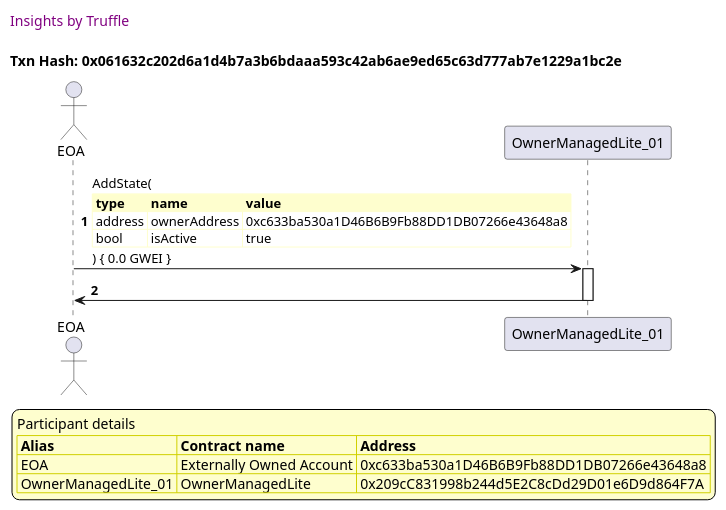
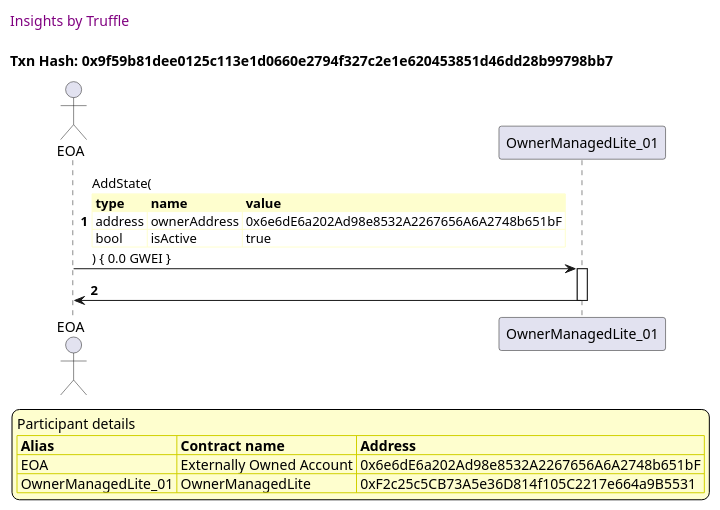
Before and after one commit to thedarkjester/ConsensysAssignment: diagram 14 of 26 in truffle-seq/OwnerManagedLite_test_add_owner.md, drawn with PlantUML. The commit also changed other lines of this file and 13 other files, not shown here.

````diff
--- a/truffle-seq/OwnerManagedLite_test_add_owner.md
+++ b/truffle-seq/OwnerManagedLite_test_add_owner.md
@@ -643,41 +635,41 @@
 ```plantuml
 
 
 @startuml
 
 autonumber
 skinparam legendBackgroundColor #FEFECE
 
 <style>
       header {
         HorizontalAlignment left
         FontColor purple
         FontSize 14
         Padding 10
       }
     </style>
 
 header Insights by Truffle
 
-title Txn Hash: 0x061632c202d6a1d4b7a3b6bdaaa593c42ab6ae9ed65c63d777ab7e1229a1bc2e
+title Txn Hash: 0x9f59b81dee0125c113e1d0660e2794f327c2e1e620453851d46dd28b99798bb7
 
 
 actor EOA as "EOA"
 participant OwnerManagedLite_01 as "OwnerManagedLite_01"
 
 "EOA" -> "OwnerManagedLite_01" ++: AddState(\n\
 <#FEFECE,#FEFECE>|= type |= name |= value |\n\
-| address | ownerAddress | 0xc633ba530a1D46B6B9Fb88DD1DB07266e43648a8 |\n\
+| address | ownerAddress | 0x6e6dE6a202Ad98e8532A2267656A6A2748b651bF |\n\
 | bool | isActive | true |\n\
 ) { 0.0 GWEI }
 "OwnerManagedLite_01" -> "EOA" --: 
 
 legend
 Participant details
 <#FEFECE,#D0D000>|= Alias |= Contract name |= Address |
-<#FEFECE>| EOA | Externally Owned Account | 0xc633ba530a1D46B6B9Fb88DD1DB07266e43648a8 |
-<#FEFECE>| OwnerManagedLite_01 | OwnerManagedLite | 0x209cC831998b244d5E2C8cDd29D01e6D9d864F7A |
+<#FEFECE>| EOA | Externally Owned Account | 0x6e6dE6a202Ad98e8532A2267656A6A2748b651bF |
+<#FEFECE>| OwnerManagedLite_01 | OwnerManagedLite | 0xF2c25c5CB73A5e36D814f105C2217e664a9B5531 |
 endlegend
 
 @enduml
 ```
````
